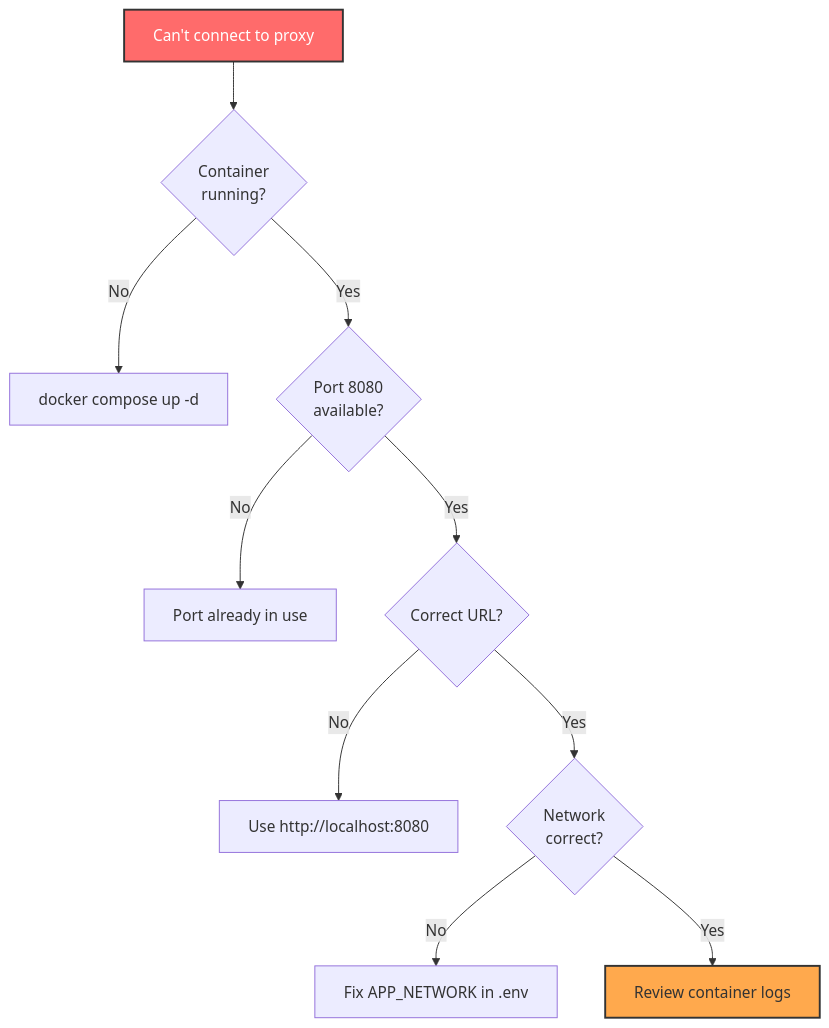
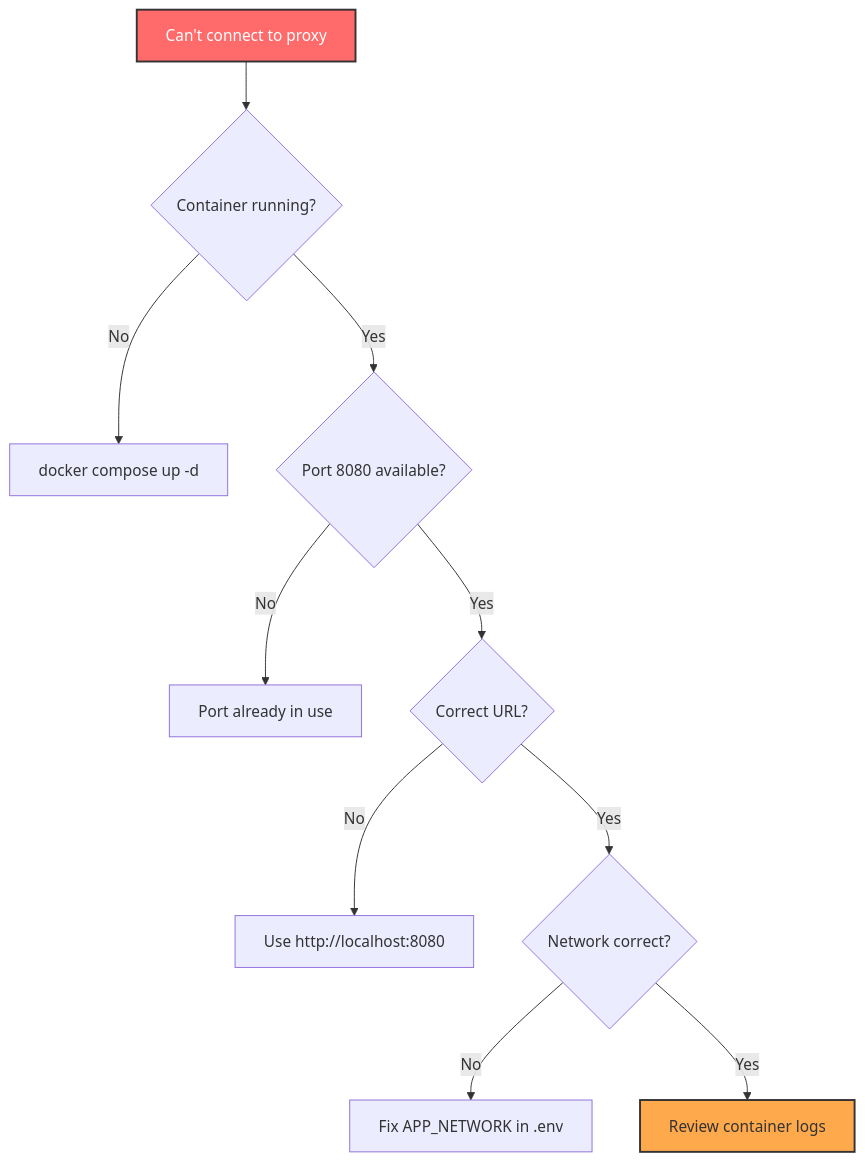
One commit to softwarewrighter/dev-proxy changed the second of 8 diagrams in wiki/Troubleshooting.md. Above: the diagram before and after it, drawn with Mermaid. The commit also changed other lines of this file and 6 other files, not shown here.

First line of the commit message:
Fix wiki Mermaid diagrams: remove <br/> tags

````diff
--- a/wiki/Troubleshooting.md
+++ b/wiki/Troubleshooting.md
@@ -79,19 +79,19 @@
 ```mermaid
 graph TB
-    Issue[Can't connect to proxy] --> Check1{Container<br/>running?}
+    Issue[Can't connect to proxy] --> Check1{Container running?}
 
     Check1 -->|No| Start[docker compose up -d]
-    Check1 -->|Yes| Check2{Port 8080<br/>available?}
+    Check1 -->|Yes| Check2{Port 8080 available?}
 
     Check2 -->|No| PortInUse[Port already in use]
     Check2 -->|Yes| Check3{Correct URL?}
 
     Check3 -->|No| FixURL[Use http://localhost:8080]
-    Check3 -->|Yes| Check4{Network<br/>correct?}
+    Check3 -->|Yes| Check4{Network correct?}
 
     Check4 -->|No| FixNetwork[Fix APP_NETWORK in .env]
     Check4 -->|Yes| CheckLogs[Review container logs]
 
     style Issue fill:#ff6b6b,stroke:#333,stroke-width:2px,color:#fff
     style CheckLogs fill:#ffa94d,stroke:#333,stroke-width:2px
 ```
````
